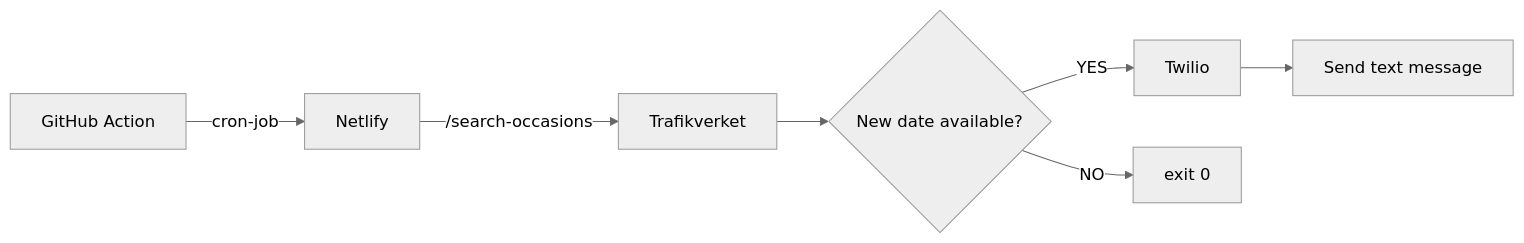
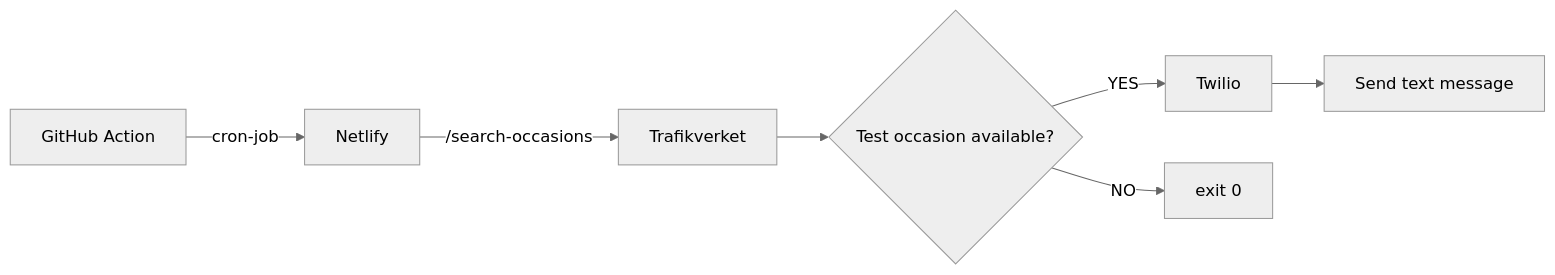
Before and after one commit to karlerikjonatan/fp-trv-sms: the diagram in README.md, drawn with Mermaid (neutral theme).

````diff
--- a/README.md
+++ b/README.md
@@ -4,7 +4,7 @@
 ```mermaid
 graph LR
     A[GitHub Action] -->|cron-job| B[Netlify] -->|/search-occasions| C[Trafikverket]
-    C --> D{New date available?}
+    C --> D{Test occasion available?}
     D -->|YES| E[Twilio] --> F[Send text message]
     D -->|NO| G[exit 0]
 ```
````
